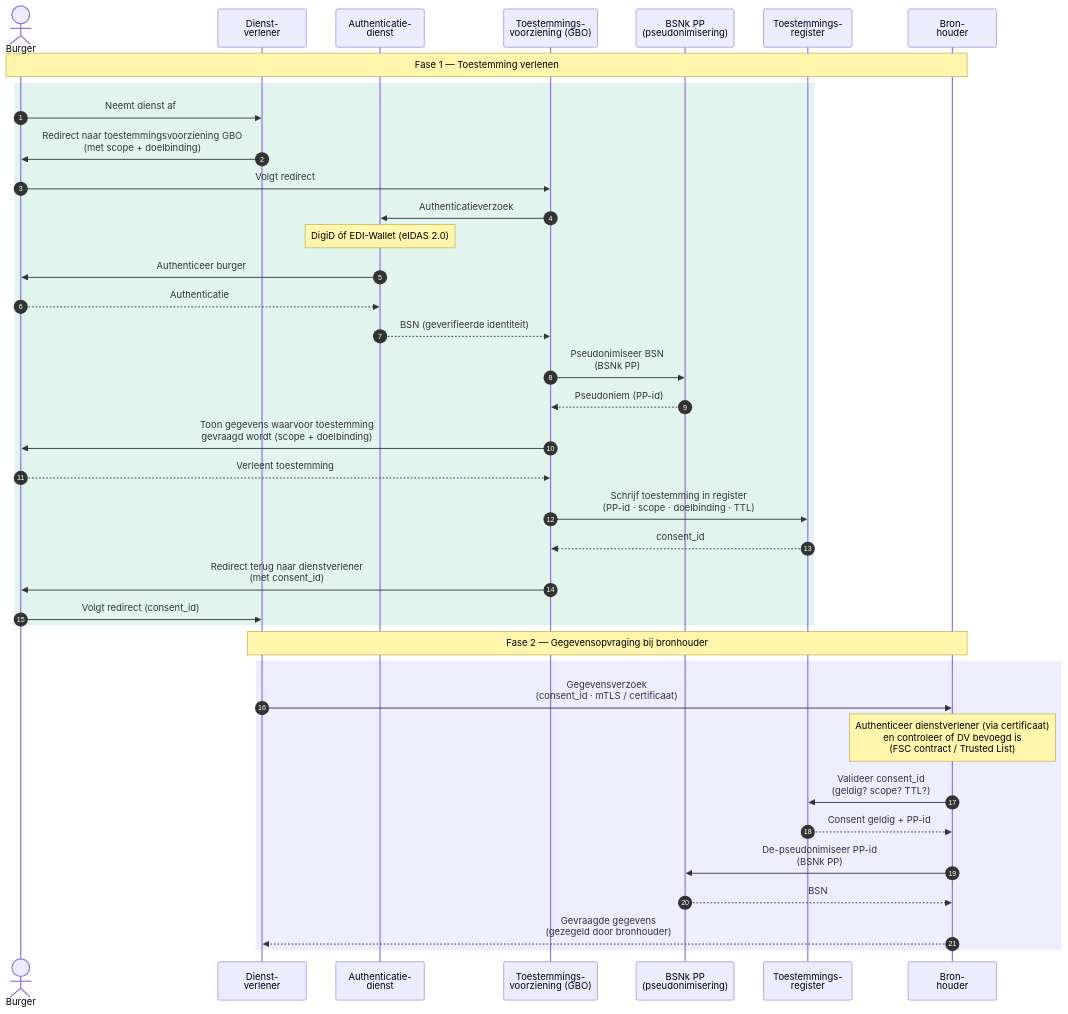
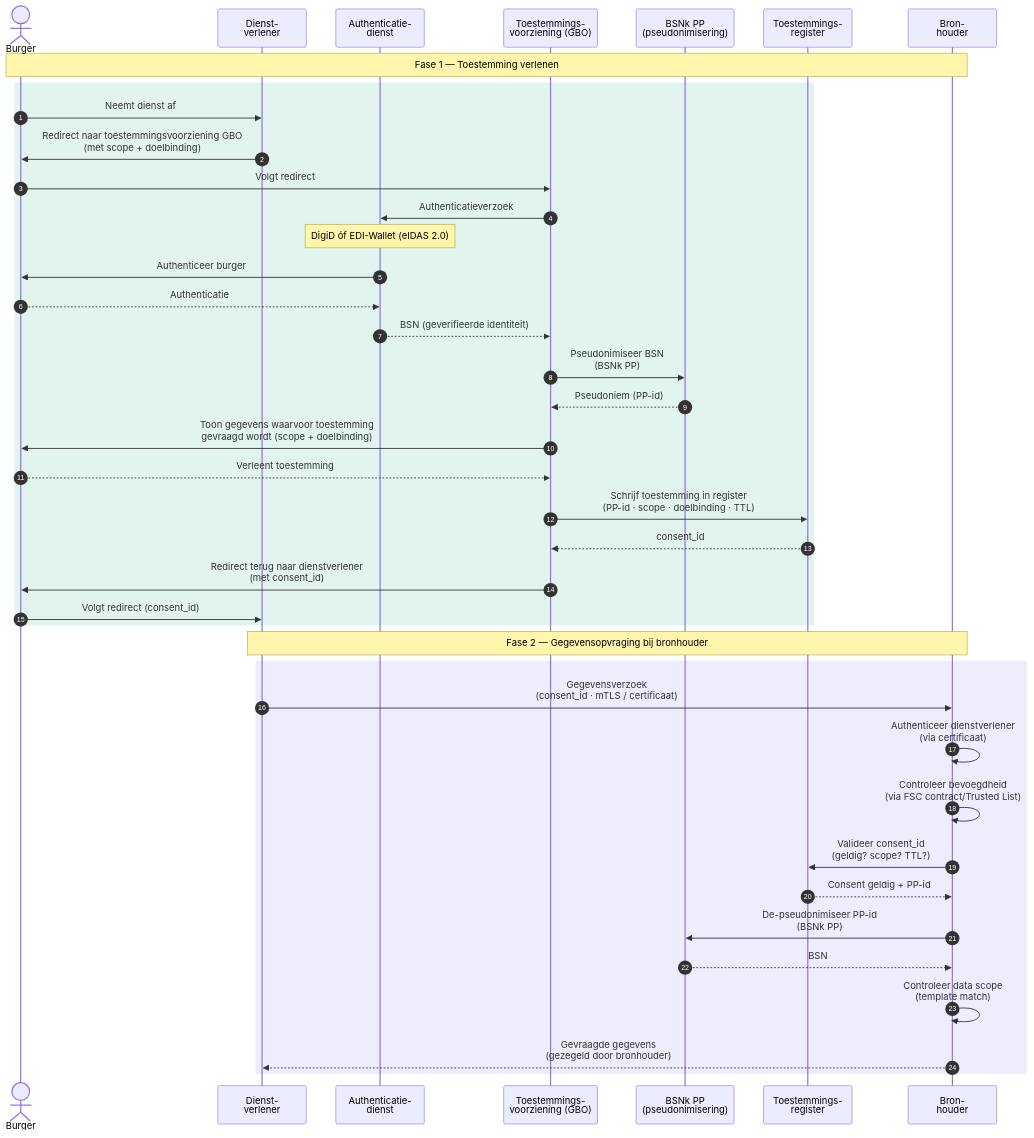
The diagram in docs/diagrammen/interactiepatroon-PP-haalt-gegevens-op.mmd (ICTU/GBO), drawn with Mermaid before and after one commit.

````diff
--- a/docs/diagrammen/interactiepatroon-PP-haalt-gegevens-op.mmd
+++ b/docs/diagrammen/interactiepatroon-PP-haalt-gegevens-op.mmd
@@ -3,46 +3,48 @@
 ``` mermaid
 
 sequenceDiagram
     autonumber
     actor Burger
     participant DV as Dienst-<br/>verlener
     participant Auth as Authenticatie-<br/>dienst
     participant TV as Toestemmings-<br/>voorziening (GBO)
     participant PP as BSNk PP<br/>(pseudonimisering)
     participant TR as Toestemmings-<br/>register
     participant BRH as Bron-<br/>houder
 
     Note over Burger,BRH: Fase 1 — Toestemming verlenen
 
     rect rgb(225, 245, 238)
         Burger->>DV: Neemt dienst af
         DV->>Burger: Redirect naar toestemmingsvoorziening GBO<br/>(met scope + doelbinding)
         Burger->>TV: Volgt redirect
         TV->>Auth: Authenticatieverzoek
         Note over Auth: DigiD óf EDI-Wallet (eIDAS 2.0)
         Auth->>Burger: Authenticeer burger
         Burger-->>Auth: Authenticatie
         Auth-->>TV: BSN (geverifieerde identiteit)
         TV->>PP: Pseudonimiseer BSN<br/>(BSNk PP)
         PP-->>TV: Pseudoniem (PP-id)
         TV->>Burger: Toon gegevens waarvoor toestemming<br/>gevraagd wordt (scope + doelbinding)
         Burger-->>TV: Verleent toestemming
         TV->>TR: Schrijf toestemming in register<br/>(PP-id · scope · doelbinding · TTL)
         TR-->>TV: consent_id
         TV->>Burger: Redirect terug naar dienstverlener<br/>(met consent_id)
         Burger->>DV: Volgt redirect (consent_id)
     end
 
     Note over DV,BRH: Fase 2 — Gegevensopvraging bij bronhouder
 
     rect rgb(238, 237, 254)
         DV->>BRH: Gegevensverzoek<br/>(consent_id · mTLS / certificaat)
-        Note over BRH: Authenticeer dienstverlener (via certificaat)<br/>en controleer of DV bevoegd is<br />(FSC contract / Trusted List)
+        BRH->>BRH: Authenticeer dienstverlener<br />(via certificaat)
+        BRH->>BRH: Controleer bevoegdheid<br />(via FSC contract/Trusted List)
         BRH->>TR: Valideer consent_id<br/>(geldig? scope? TTL?)
         TR-->>BRH: Consent geldig + PP-id
         BRH->>PP: De-pseudonimiseer PP-id<br/>(BSNk PP)
         PP-->>BRH: BSN
+        BRH->>BRH: Controleer data scope<br />(template match)
         BRH-->>DV: Gevraagde gegevens<br/>(gezegeld door bronhouder)
     end
 
 ```
````
